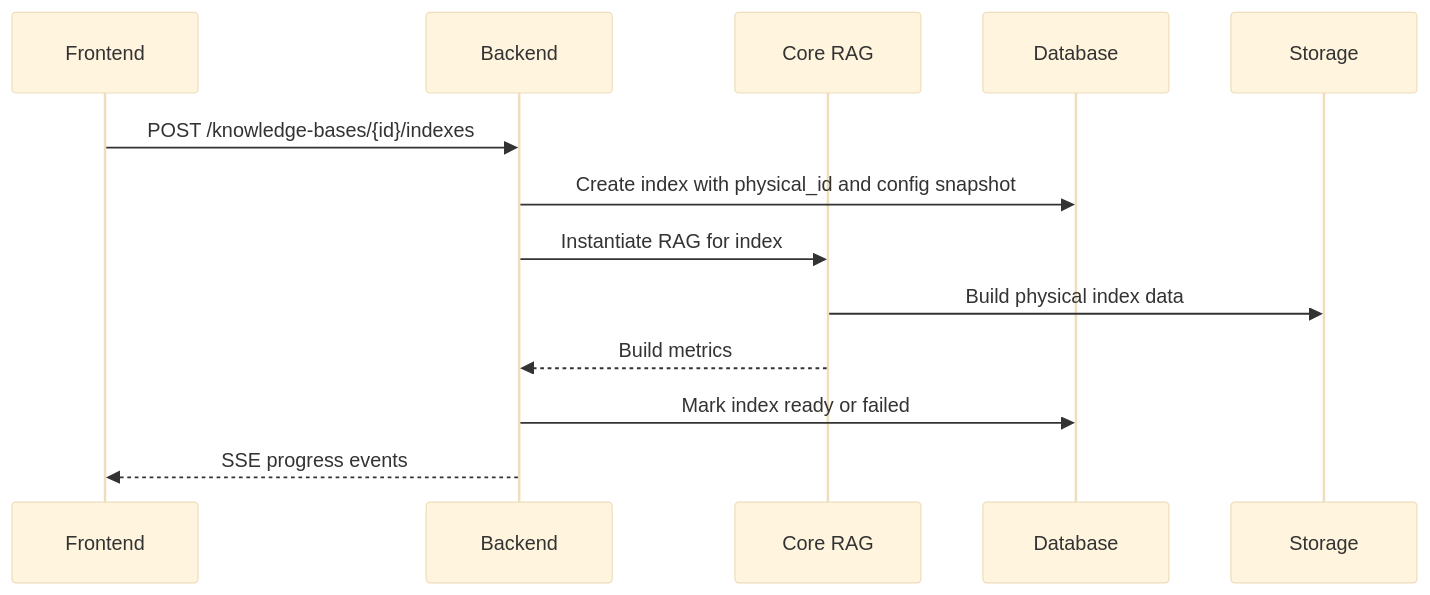
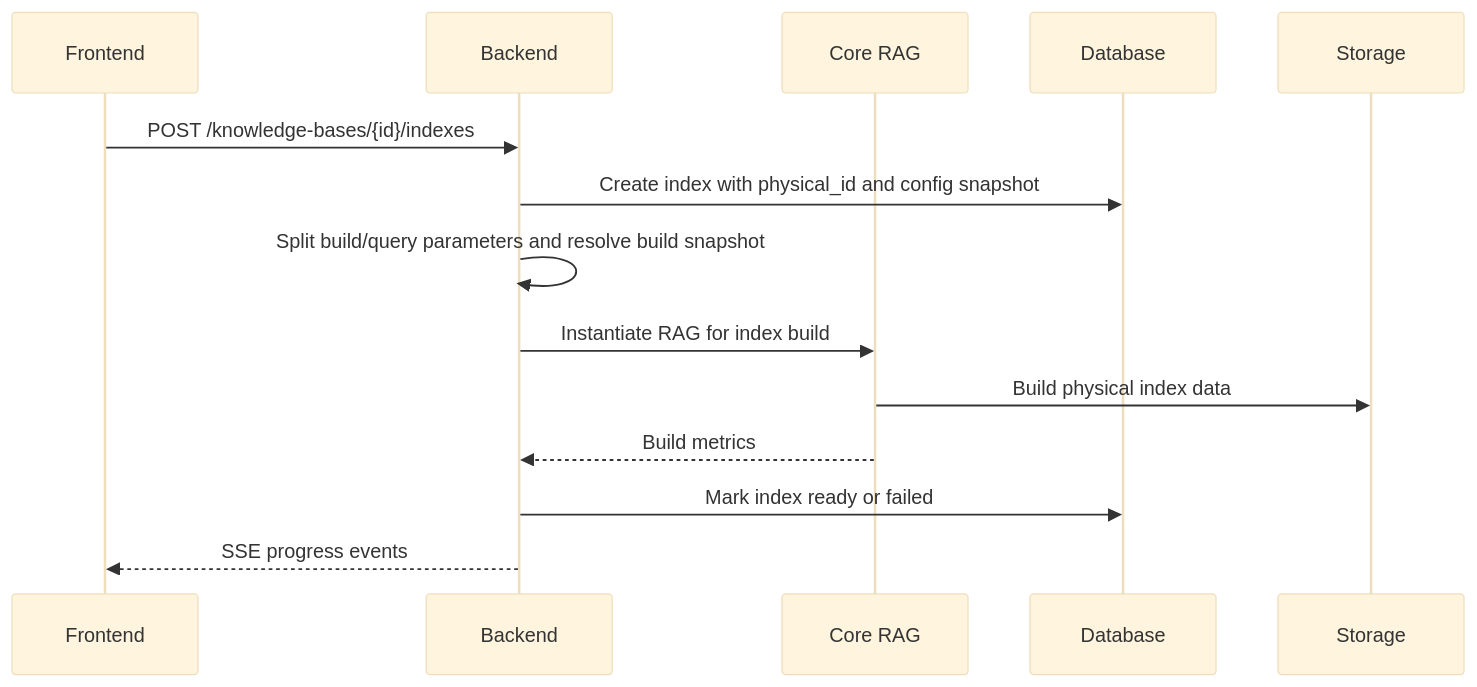
Before and after one commit to fabrizioamort/RAG-evaluator: the third of 3 diagrams in docs/ARCHITECTURE.md, drawn with Mermaid (base theme). The commit also changed other lines of this file and 43 other files, not shown here.

Commit message:
feat: split RAG build and query config

````diff
--- a/docs/ARCHITECTURE.md
+++ b/docs/ARCHITECTURE.md
@@ -192,16 +197,17 @@
 ```mermaid
 sequenceDiagram
     participant F as Frontend
     participant B as Backend
     participant C as Core RAG
     participant D as Database
     participant S as Storage
 
     F->>B: POST /knowledge-bases/{id}/indexes
     B->>D: Create index with physical_id and config snapshot
-    B->>C: Instantiate RAG for index
+    B->>B: Split build/query parameters and resolve build snapshot
+    B->>C: Instantiate RAG for index build
     C->>S: Build physical index data
     C-->>B: Build metrics
     B->>D: Mark index ready or failed
     B-->>F: SSE progress events
 ```
````
